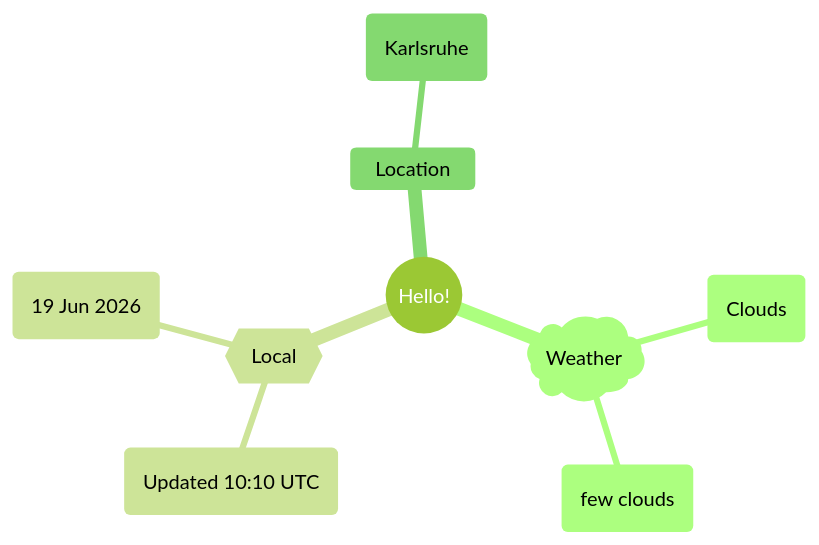
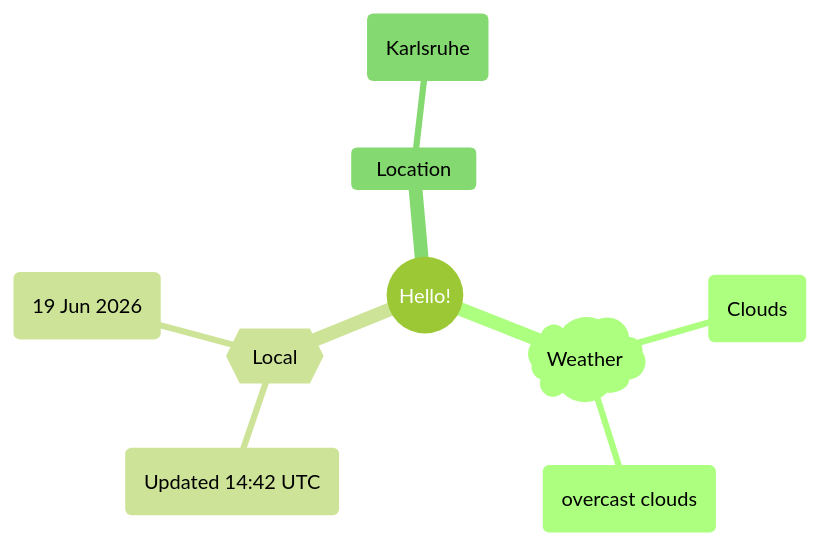
The first of 2 diagrams in README.md (Xosrov/Xosrov), drawn with Mermaid (forest theme) before and after one commit.

Commit message:
[bot] updated images

````diff
--- a/README.md
+++ b/README.md
@@ -3,12 +3,12 @@
 ```mermaid
 mindmap
   root((Hello!))
     )Weather(
         (Clouds)
-        (few clouds)
+        (overcast clouds)
     {{Local}}
-        (Updated 10:10 UTC)
+        (Updated 14:42 UTC)
         (19 Jun 2026)
     Location
         (Karlsruhe)
 ```
````
